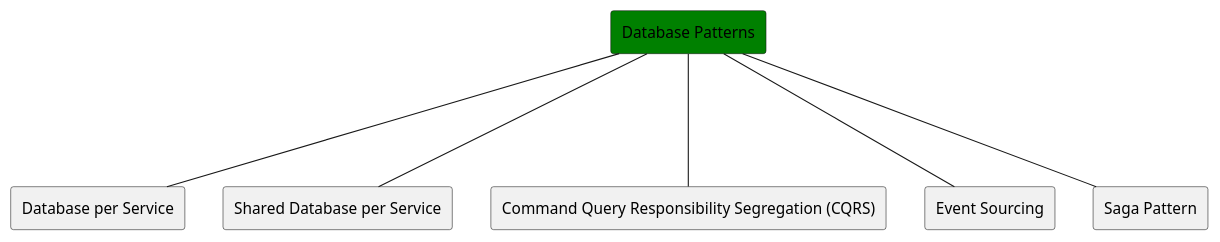
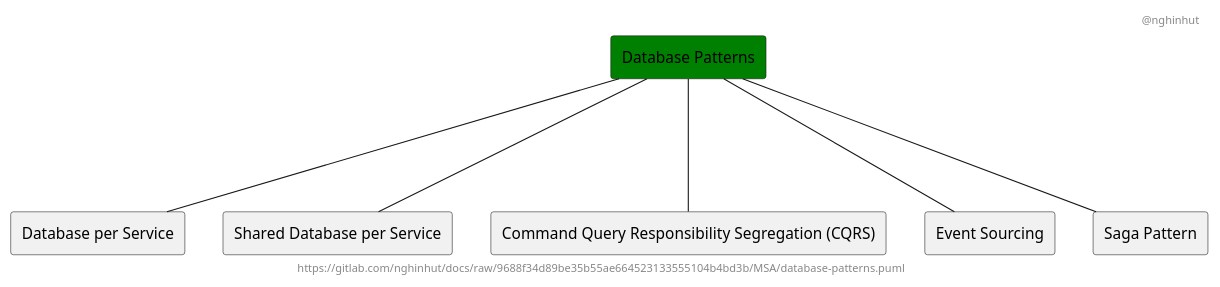
One commit to nghinhut/docs changed the diagram in MSA/database-patterns.puml. Above: the diagram before and after it, drawn with PlantUML. The commit also changed 18 other files, not shown here.

Commit message:
Update diagrams

```diff
--- a/MSA/database-patterns.puml
+++ b/MSA/database-patterns.puml
@@ -1,17 +1,20 @@
 @startuml
-'-----BEGIN HEADER-----
-'-----END HEADER-----
+'-----START auto generated metadata please keep comment here to allow auto update-----
+'-----DON'T EDIT THIS SECTION, INSTEAD RE-RUN prebuild.sh TO UPDATE-----
+header @nghinhut
+footer https://gitlab.com/nghinhut/docs/raw/9688f34d89be35b55ae664523133555104b4bd3b/MSA/database-patterns.puml
+'-----END auto generated metadata please keep comment here to allow auto update-----
 
 rectangle "Database Patterns" as Database #green
 
 rectangle "Database per Service" as DatabaseP1
 rectangle "Shared Database per Service" as DatabaseP2
 rectangle "Command Query Responsibility Segregation (CQRS)" as DatabaseP3
 rectangle "Event Sourcing" as DatabaseP4
 rectangle "Saga Pattern" as DatabaseP5
 Database --- DatabaseP1
 Database --- DatabaseP2
 Database --- DatabaseP3
 Database --- DatabaseP4
 Database --- DatabaseP5
 @enduml
```
